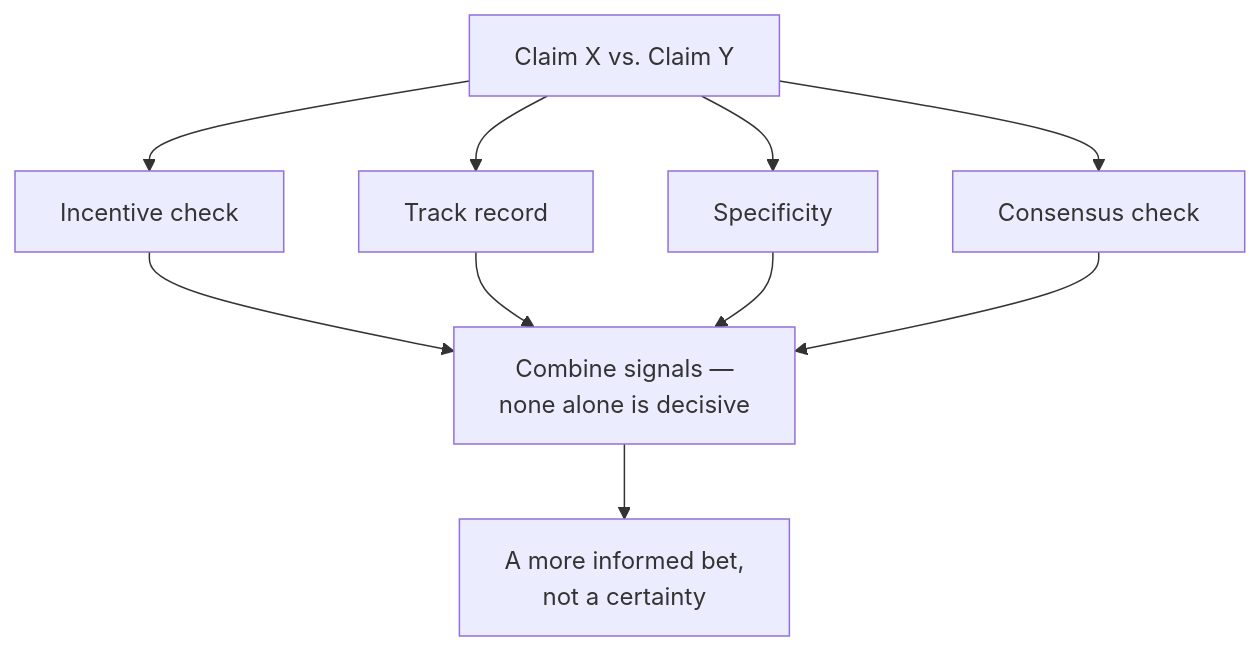
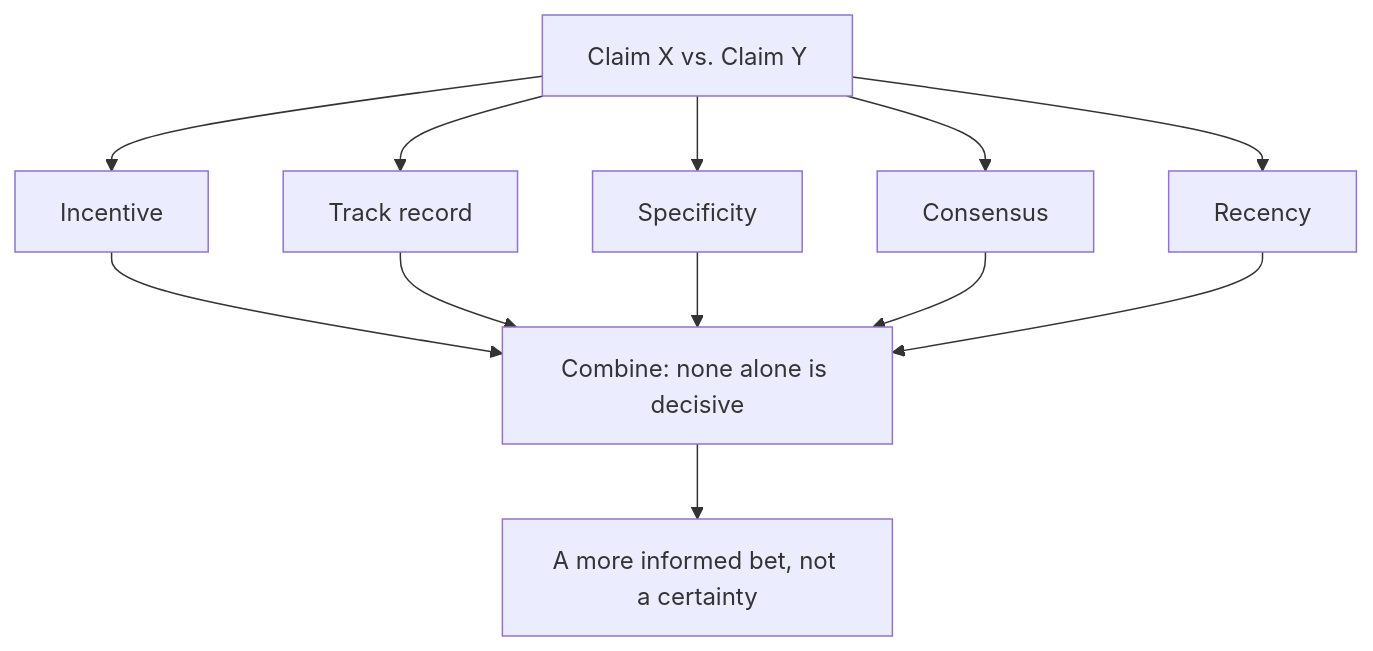
One commit to francoandreDev/knowledge changed the first of 2 diagrams in src/content/learning-craft/weighing-credibility/L2-concept.mdx. Above: the diagram before and after it, drawn with Mermaid. The commit also changed other lines of this file and 3 other files, not shown here.

````diff
--- a/src/content/learning-craft/weighing-credibility/L2-concept.mdx
+++ b/src/content/learning-craft/weighing-credibility/L2-concept.mdx
@@ -28,12 +31,14 @@
 ```mermaid
 flowchart TD
-    A["Claim X vs. Claim Y"] --> B["Incentive check"]
+    A["Claim X vs. Claim Y"] --> B["Incentive"]
     A --> C["Track record"]
     A --> D["Specificity"]
-    A --> E["Consensus check"]
-    B --> F["Combine signals —\nnone alone is decisive"]
+    A --> E["Consensus"]
+    A --> R["Recency"]
+    B --> F["Combine: none alone is decisive"]
     C --> F
     D --> F
     E --> F
-    F --> G["A more informed bet,\nnot a certainty"]
+    R --> F
+    F --> G["A more informed bet, not a certainty"]
 ```
````
